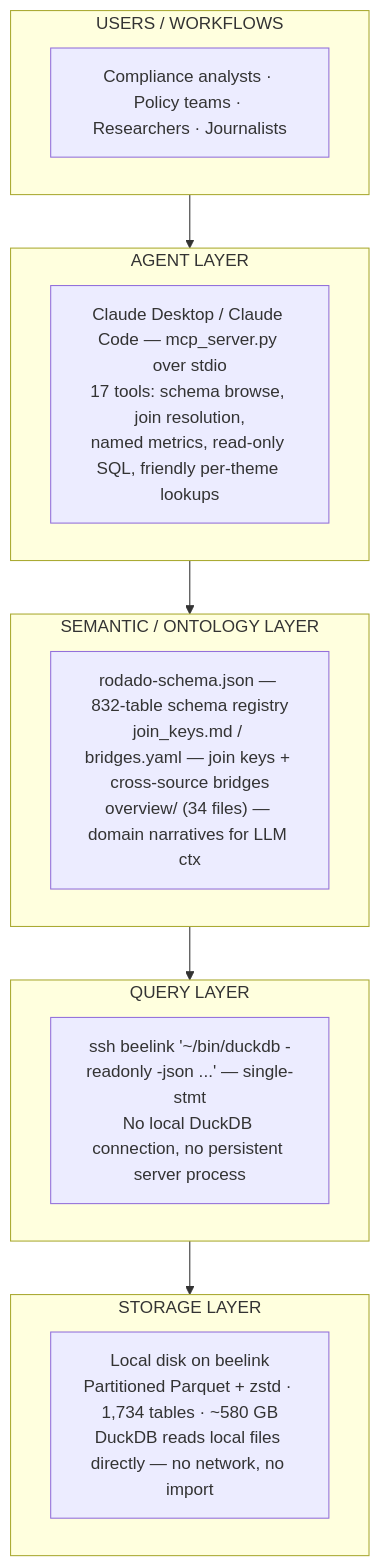
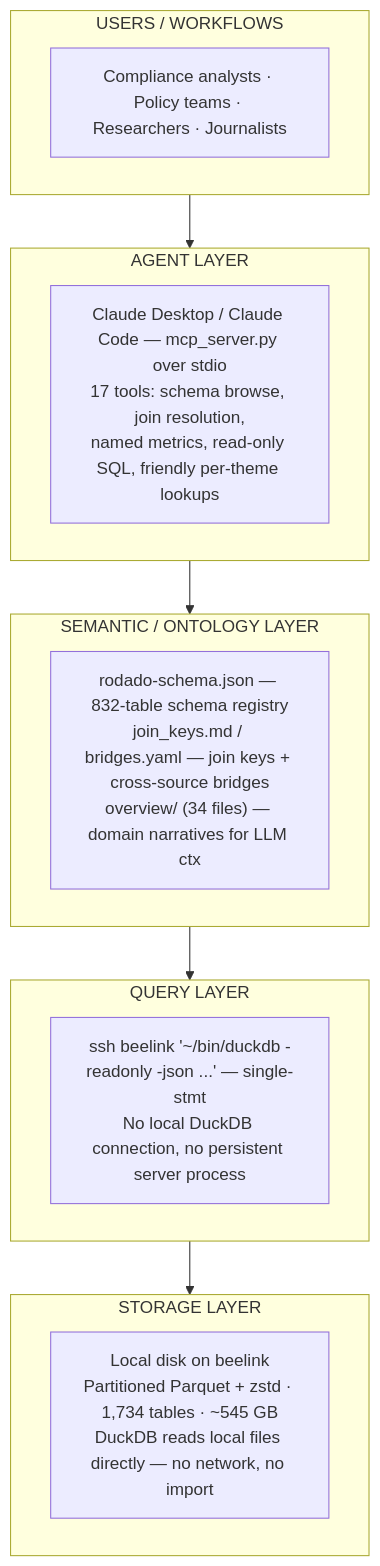
The second of 3 diagrams in docs/tecnico/TECHNICAL.md (rafapolo/rodado), drawn with Mermaid before and after one commit. The commit also changed other lines of this file and 26 other files, not shown here.

````diff
--- a/docs/tecnico/TECHNICAL.md
+++ b/docs/tecnico/TECHNICAL.md
@@ -178,20 +178,20 @@
 ```mermaid
 flowchart TD
     subgraph USERS["USERS / WORKFLOWS"]
         U["Compliance analysts · Policy teams · Researchers · Journalists"]
     end
     subgraph AGENT["AGENT LAYER"]
         A["Claude Desktop / Claude Code — mcp_server.py over stdio<br/>17 tools: schema browse, join resolution,<br/>named metrics, read-only SQL, friendly per-theme lookups"]
     end
     subgraph SEMANTIC["SEMANTIC / ONTOLOGY LAYER"]
         S["rodado-schema.json — 832-table schema registry<br/>join_keys.md / bridges.yaml — join keys + cross-source bridges<br/>overview/ (34 files) — domain narratives for LLM ctx"]
     end
     subgraph QUERY["QUERY LAYER"]
         Q["ssh beelink '~/bin/duckdb -readonly -json ...' — single-stmt<br/>No local DuckDB connection, no persistent server process"]
     end
     subgraph STORAGE["STORAGE LAYER"]
-        ST["Local disk on beelink<br/>Partitioned Parquet + zstd · 1,734 tables · ~580 GB<br/>DuckDB reads local files directly — no network, no import"]
+        ST["Local disk on beelink<br/>Partitioned Parquet + zstd · 1,734 tables · ~545 GB<br/>DuckDB reads local files directly — no network, no import"]
     end
 
     USERS --> AGENT --> SEMANTIC --> QUERY --> STORAGE
 ```
````
